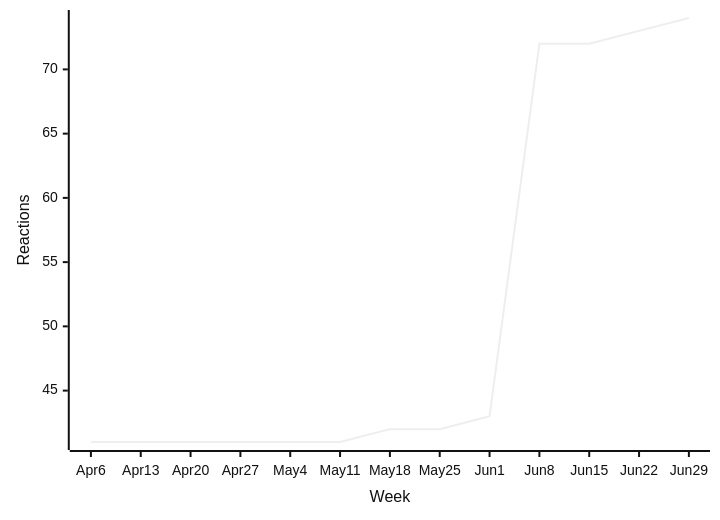
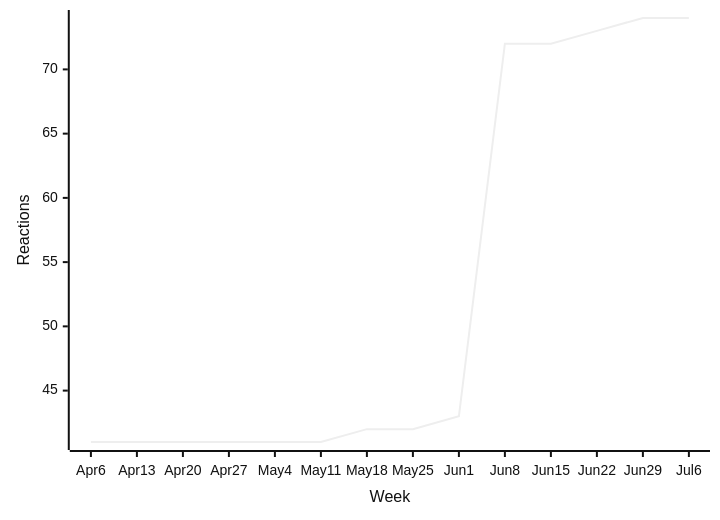
One commit to loic-sharma/github-insights changed the third of 48 diagrams in README.md. Above: the diagram before and after it, drawn with Mermaid (neutral theme). The commit also changed other lines of this file and 3 other files, not shown here.

````diff
--- a/README.md
+++ b/README.md
@@ -373,6 +373,6 @@
   ```mermaid
   xychart-beta
-    x-axis "Week" [Apr 6, Apr 13, Apr 20, Apr 27, May 4, May 11, May 18, May 25, Jun 1, Jun 8, Jun 15, Jun 22, Jun 29]
+    x-axis "Week" [Apr 6, Apr 13, Apr 20, Apr 27, May 4, May 11, May 18, May 25, Jun 1, Jun 8, Jun 15, Jun 22, Jun 29, Jul 6]
     y-axis "Reactions"
-    line [41, 41, 41, 41, 41, 41, 42, 42, 43, 72, 72, 73, 74]
+    line [41, 41, 41, 41, 41, 41, 42, 42, 43, 72, 72, 73, 74, 74]
   ```
````
